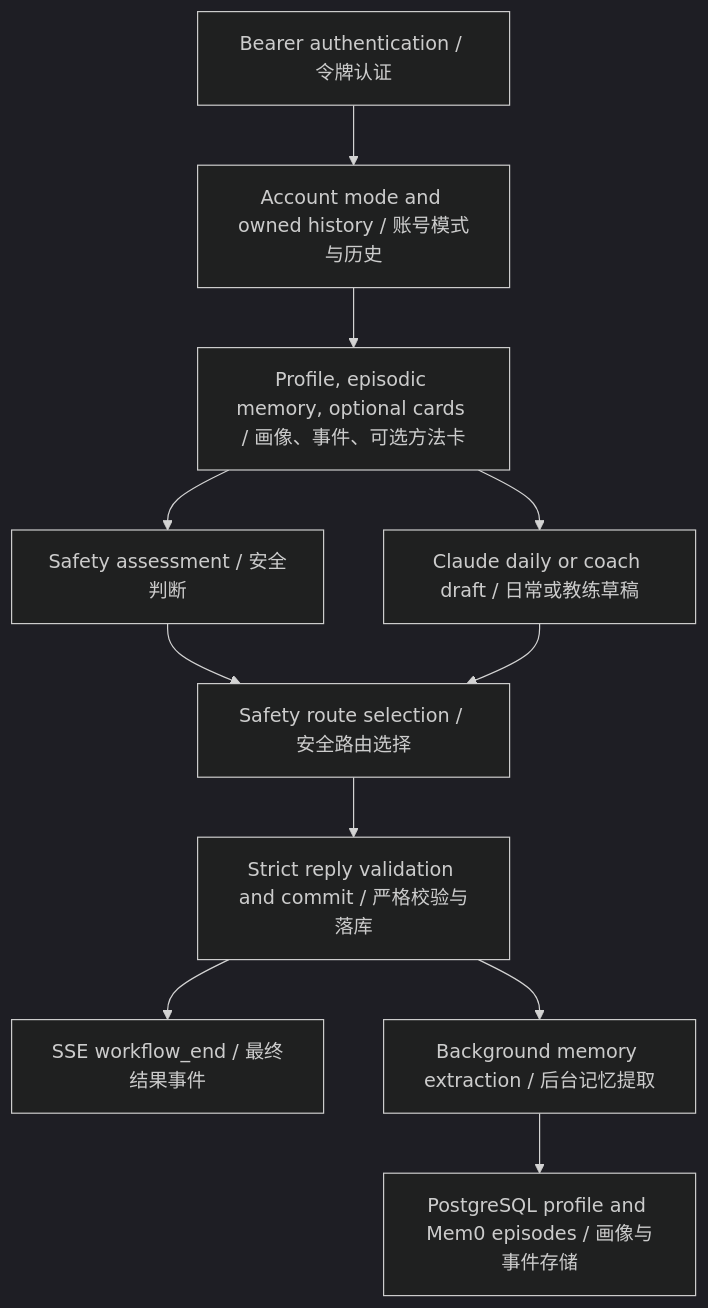
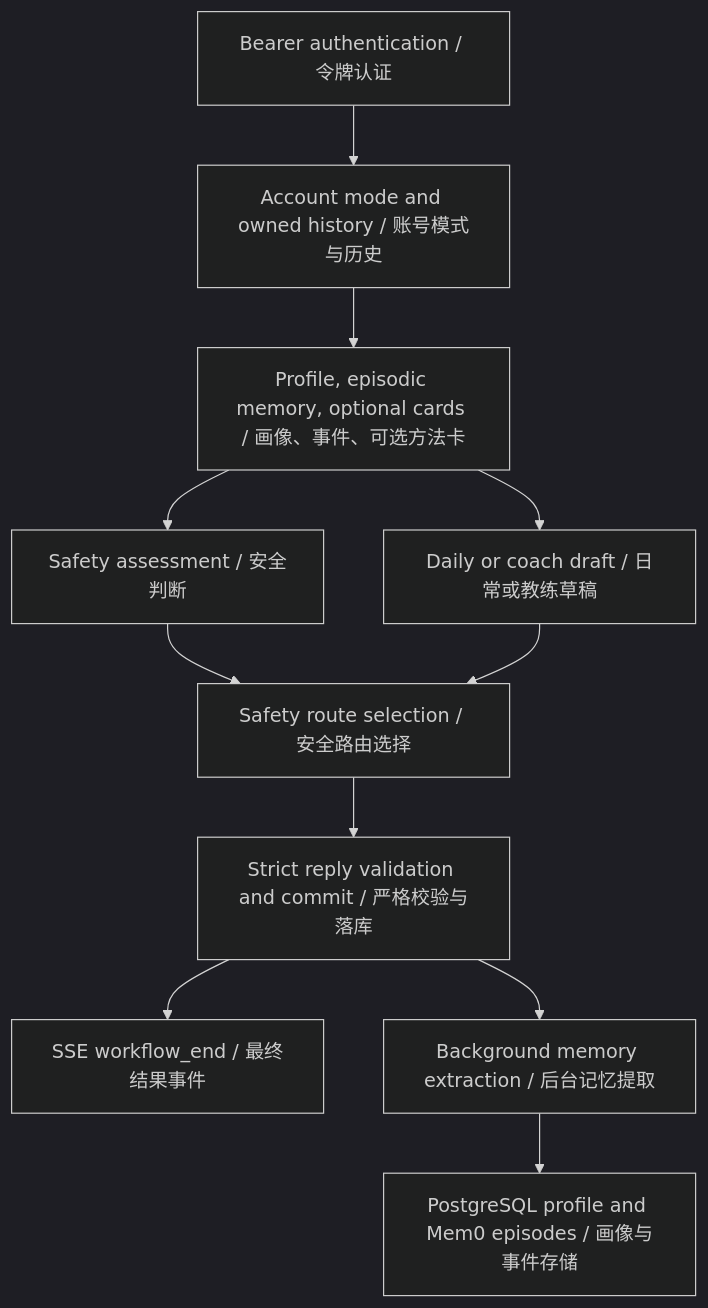
The diagram in docs/ARCHITECTURE.md (heatonmar-droid/emotional-support-coach), drawn with Mermaid (dark theme) before and after one commit. The commit also changed other lines of this file and 5 other files, not shown here.

````diff
--- a/docs/ARCHITECTURE.md
+++ b/docs/ARCHITECTURE.md
@@ -15,13 +15,13 @@
 ```mermaid
 flowchart TD
     A[Bearer authentication / 令牌认证] --> B[Account mode and owned history / 账号模式与历史]
     B --> C[Profile, episodic memory, optional cards / 画像、事件、可选方法卡]
     C --> D[Safety assessment / 安全判断]
-    C --> E[Claude daily or coach draft / 日常或教练草稿]
+    C --> E[Daily or coach draft / 日常或教练草稿]
     D --> F[Safety route selection / 安全路由选择]
     E --> F
     F --> G[Strict reply validation and commit / 严格校验与落库]
     G --> H[SSE workflow_end / 最终结果事件]
     G --> I[Background memory extraction / 后台记忆提取]
     I --> J[PostgreSQL profile and Mem0 episodes / 画像与事件存储]
 ```
````
